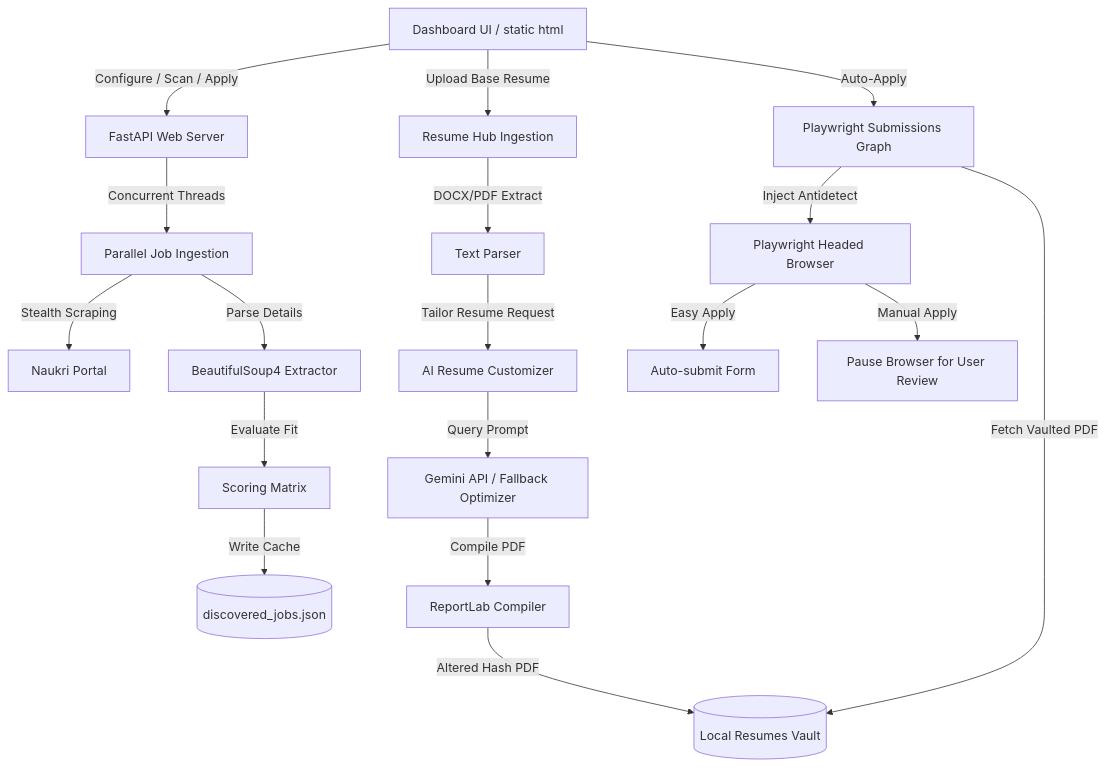
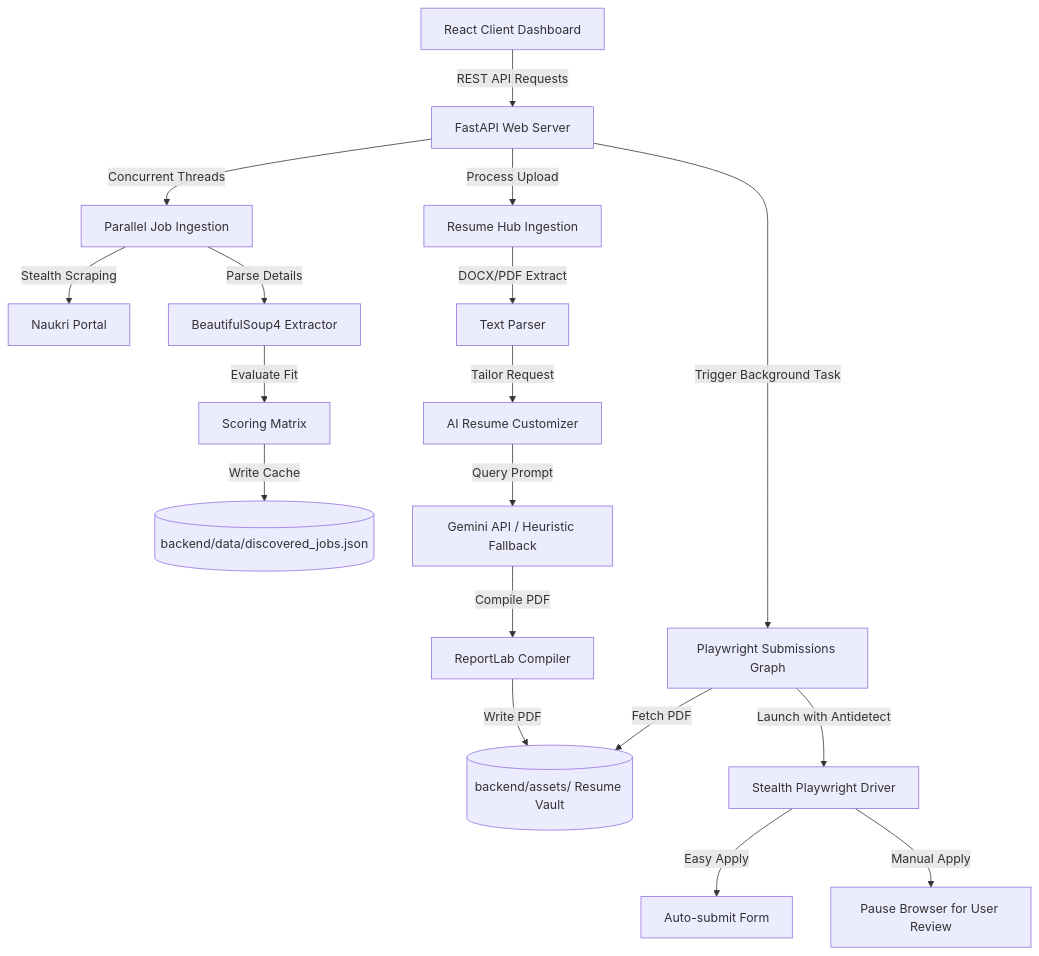
The first of 2 diagrams in README.md (nitin048/job_application_system), drawn with Mermaid before and after one commit.

Commit message:
docs: correct System Workflow Diagram in README.md to represent API-driven flow

````diff
--- a/README.md
+++ b/README.md
@@ -57,22 +57,26 @@
 ```mermaid
 graph TD
-    A[Dashboard UI / static html] -->|Configure / Scan / Apply| B[FastAPI Web Server]
+    A[React Client Dashboard] -->|REST API Requests| B[FastAPI Web Server]
+    
+    %% Ingestion Flow
     B -->|Concurrent Threads| C[Parallel Job Ingestion]
     C -->|Stealth Scraping| D[Naukri Portal]
     C -->|Parse Details| E[BeautifulSoup4 Extractor]
     E -->|Evaluate Fit| F[Scoring Matrix]
-    F -->|Write Cache| G[(discovered_jobs.json)]
+    F -->|Write Cache| G[(backend/data/discovered_jobs.json)]
     
-    A -->|Upload Base Resume| H[Resume Hub Ingestion]
+    %% Resume Hub Flow
+    B -->|Process Upload| H[Resume Hub Ingestion]
     H -->|DOCX/PDF Extract| I[Text Parser]
-    I -->|Tailor Resume Request| J[AI Resume Customizer]
-    J -->|Query Prompt| K[Gemini API / Fallback Optimizer]
+    I -->|Tailor Request| J[AI Resume Customizer]
+    J -->|Query Prompt| K[Gemini API / Heuristic Fallback]
     K -->|Compile PDF| L[ReportLab Compiler]
-    L -->|Altered Hash PDF| M[(Local Resumes Vault)]
+    L -->|Write PDF| M[(backend/assets/ Resume Vault)]
     
-    A -->|Auto-Apply| N[Playwright Submissions Graph]
-    N -->|Fetch Vaulted PDF| M
-    N -->|Inject Antidetect| O[Playwright Headed Browser]
+    %% Submission Flow
+    B -->|Trigger Background Task| N[Playwright Submissions Graph]
+    N -->|Fetch PDF| M
+    N -->|Launch with Antidetect| O[Stealth Playwright Driver]
     O -->|Easy Apply| P[Auto-submit Form]
     O -->|Manual Apply| Q[Pause Browser for User Review]
 ```
````
